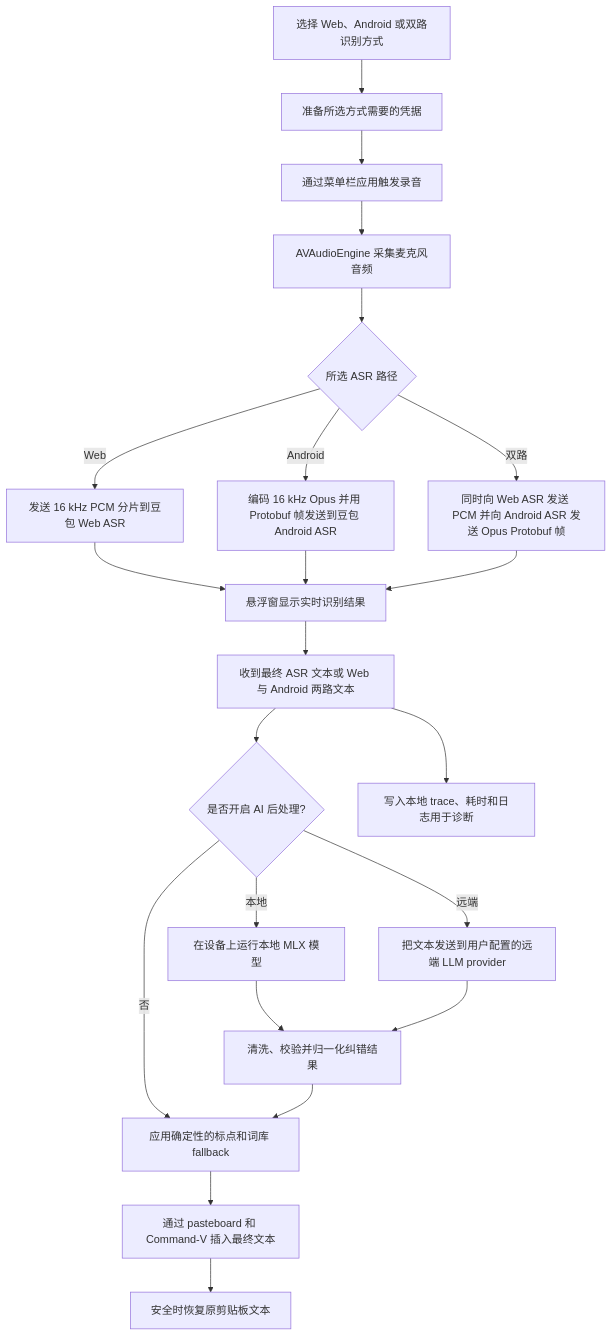
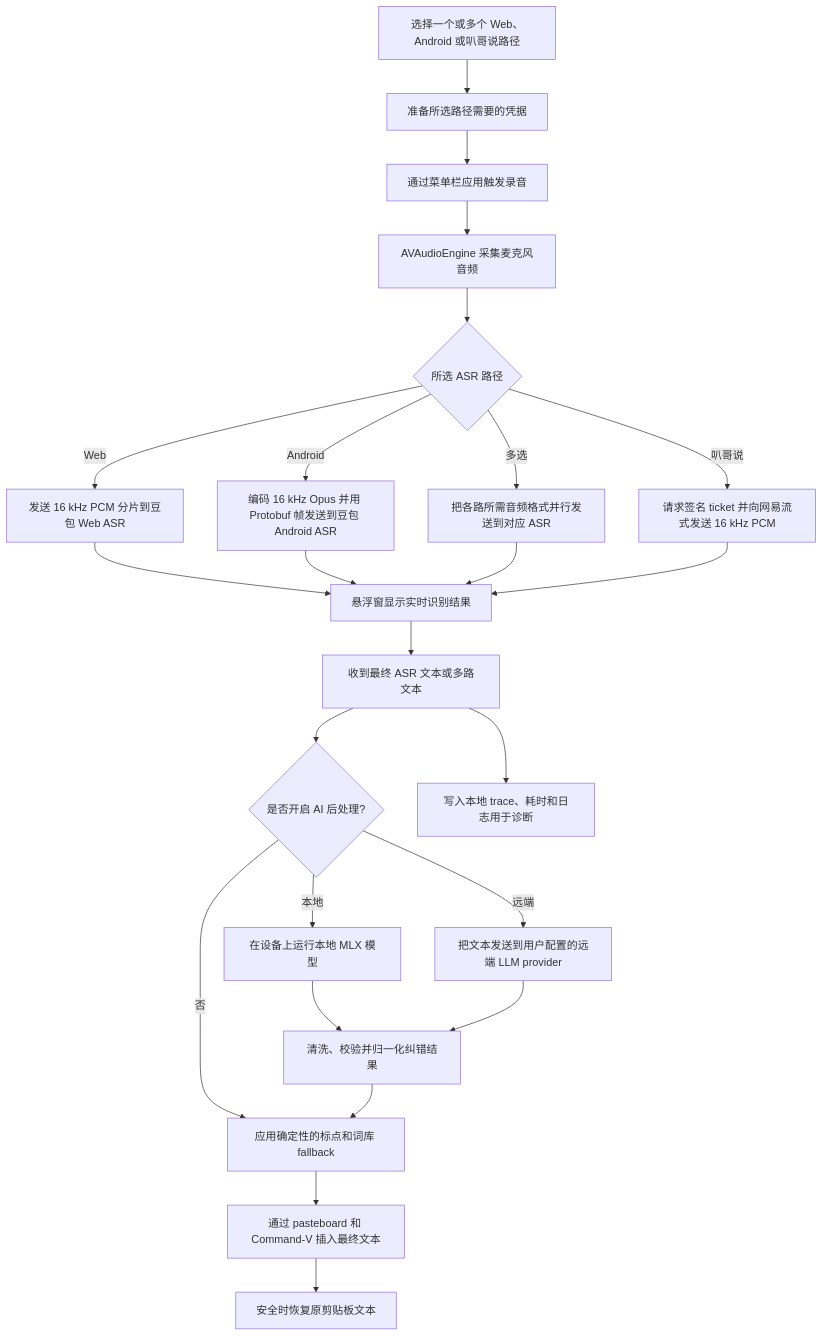
Before and after one commit to rhinoc/douvo: the diagram in README.zh.md, drawn with Mermaid. The commit also changed other lines of this file and 32 other files, not shown here.

````diff
--- a/README.zh.md
+++ b/README.zh.md
@@ -101,24 +102,26 @@
 ```mermaid
 flowchart TD
-    A[选择 Web、Android 或双路识别方式] --> B[准备所选方式需要的凭据]
+    A[选择一个或多个 Web、Android 或叭哥说路径] --> B[准备所选路径需要的凭据]
     B --> C[通过菜单栏应用触发录音]
     C --> D[AVAudioEngine 采集麦克风音频]
     D --> E{所选 ASR 路径}
     E -- Web --> F[发送 16 kHz PCM 分片到豆包 Web ASR]
     E -- Android --> G[编码 16 kHz Opus 并用 Protobuf 帧发送到豆包 Android ASR]
-    E -- 双路 --> H[同时向 Web ASR 发送 PCM 并向 Android ASR 发送 Opus Protobuf 帧]
-    F --> I[悬浮窗显示实时识别结果]
-    G --> I
-    H --> I
-    I --> J[收到最终 ASR 文本或 Web 与 Android 两路文本]
-    J --> K{是否开启 AI 后处理?}
-    K -- 否 --> O[应用确定性的标点和词库 fallback]
-    K -- 本地 --> L[在设备上运行本地 MLX 模型]
-    K -- 远端 --> M[把文本发送到用户配置的远端 LLM provider]
-    L --> N[清洗、校验并归一化纠错结果]
-    M --> N
-    N --> O
-    O --> P[通过 pasteboard 和 Command-V 插入最终文本]
-    P --> Q[安全时恢复原剪贴板文本]
-    J --> R[写入本地 trace、耗时和日志用于诊断]
+    E -- 多选 --> H[把各路所需音频格式并行发送到对应 ASR]
+    E -- 叭哥说 --> I[请求签名 ticket 并向网易流式发送 16 kHz PCM]
+    F --> J[悬浮窗显示实时识别结果]
+    G --> J
+    H --> J
+    I --> J
+    J --> K[收到最终 ASR 文本或多路文本]
+    K --> L{是否开启 AI 后处理?}
+    L -- 否 --> P[应用确定性的标点和词库 fallback]
+    L -- 本地 --> M[在设备上运行本地 MLX 模型]
+    L -- 远端 --> N[把文本发送到用户配置的远端 LLM provider]
+    M --> Q[清洗、校验并归一化纠错结果]
+    N --> Q
+    Q --> P
+    P --> R[通过 pasteboard 和 Command-V 插入最终文本]
+    R --> S[安全时恢复原剪贴板文本]
+    K --> T[写入本地 trace、耗时和日志用于诊断]
 ```
````
